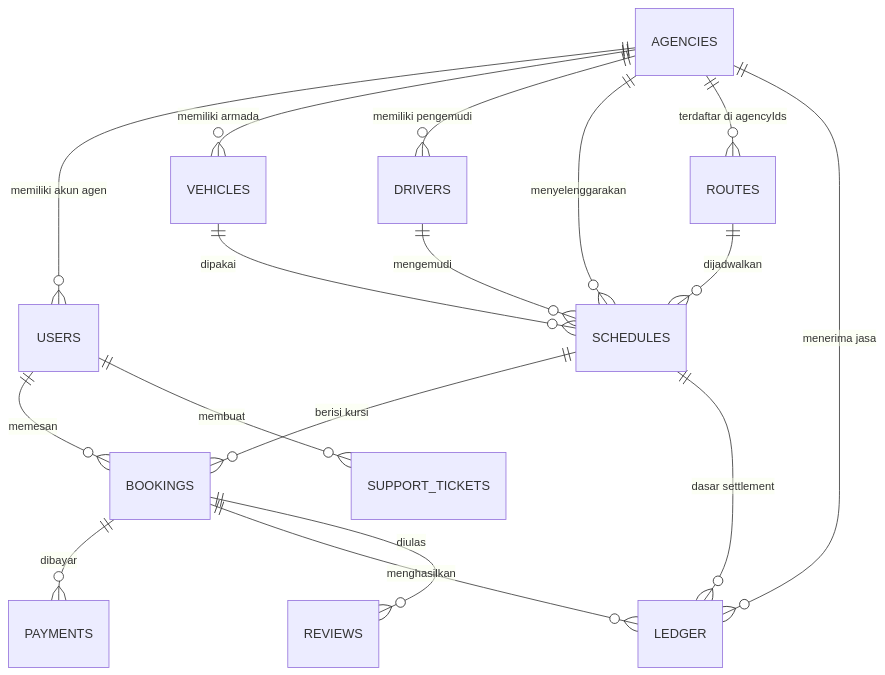
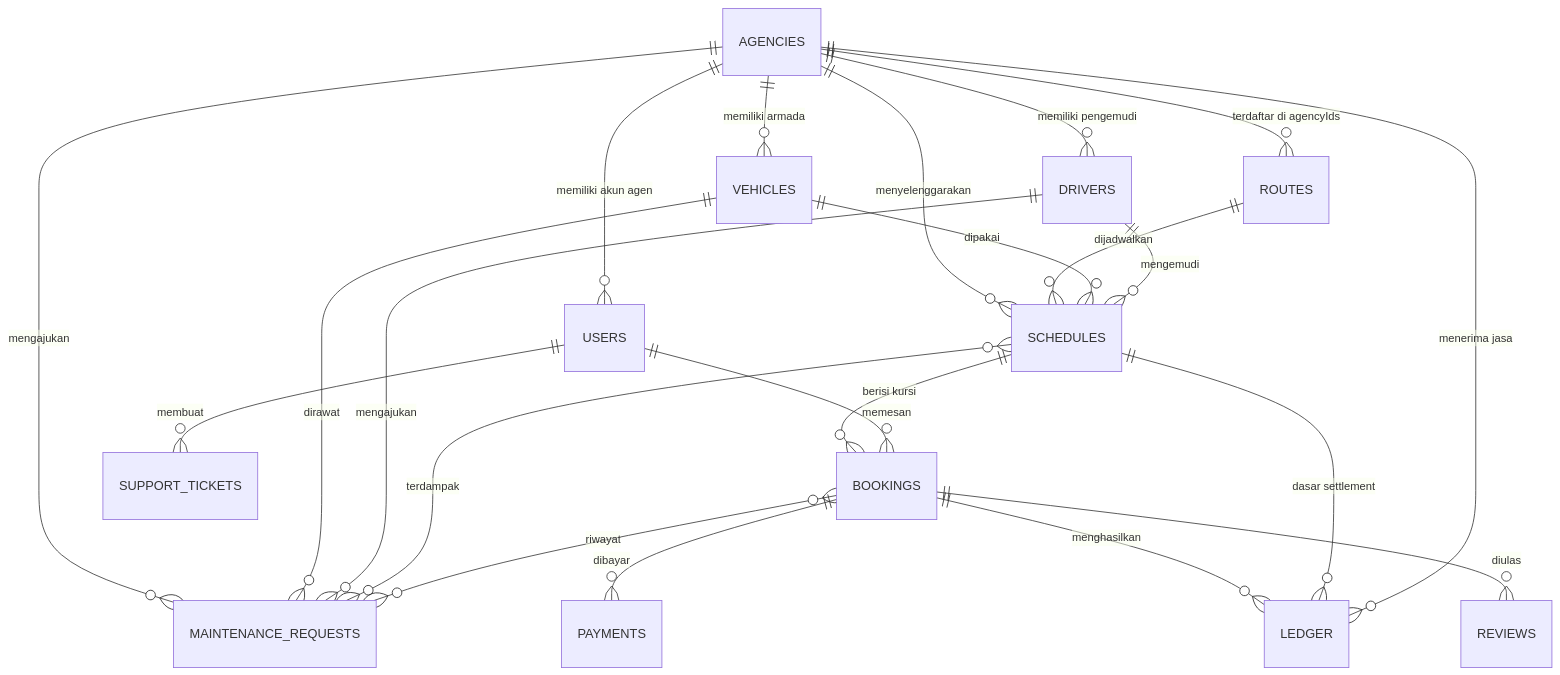
Before and after one commit to mavianandria-dev/Agent-Travel: the diagram in Assist-Agent/03 Data Model/ERD dan Relasi.md, drawn with Mermaid. The commit also changed other lines of this file and 52 other files, not shown here.

````diff
--- a/Assist-Agent/03 Data Model/ERD dan Relasi.md
+++ b/Assist-Agent/03 Data Model/ERD dan Relasi.md
@@ -19,19 +19,24 @@
 ```mermaid
 erDiagram
   AGENCIES ||--o{ USERS : "memiliki akun agen"
   AGENCIES ||--o{ VEHICLES : "memiliki armada"
   AGENCIES ||--o{ DRIVERS : "memiliki pengemudi"
   AGENCIES ||--o{ SCHEDULES : "menyelenggarakan"
   AGENCIES ||--o{ ROUTES : "terdaftar di agencyIds"
   ROUTES ||--o{ SCHEDULES : "dijadwalkan"
   VEHICLES ||--o{ SCHEDULES : "dipakai"
   DRIVERS ||--o{ SCHEDULES : "mengemudi"
+  AGENCIES ||--o{ MAINTENANCE_REQUESTS : "mengajukan"
+  VEHICLES ||--o{ MAINTENANCE_REQUESTS : "dirawat"
+  DRIVERS ||--o{ MAINTENANCE_REQUESTS : "mengajukan"
+  SCHEDULES }o--o{ MAINTENANCE_REQUESTS : "terdampak"
+  BOOKINGS }o--o{ MAINTENANCE_REQUESTS : "riwayat"
   SCHEDULES ||--o{ BOOKINGS : "berisi kursi"
   USERS ||--o{ BOOKINGS : "memesan"
   BOOKINGS ||--o{ PAYMENTS : "dibayar"
   BOOKINGS ||--o{ LEDGER : "menghasilkan"
   SCHEDULES ||--o{ LEDGER : "dasar settlement"
   AGENCIES ||--o{ LEDGER : "menerima jasa"
   USERS ||--o{ SUPPORT_TICKETS : "membuat"
   BOOKINGS ||--o{ REVIEWS : "diulas"
 ```
````
